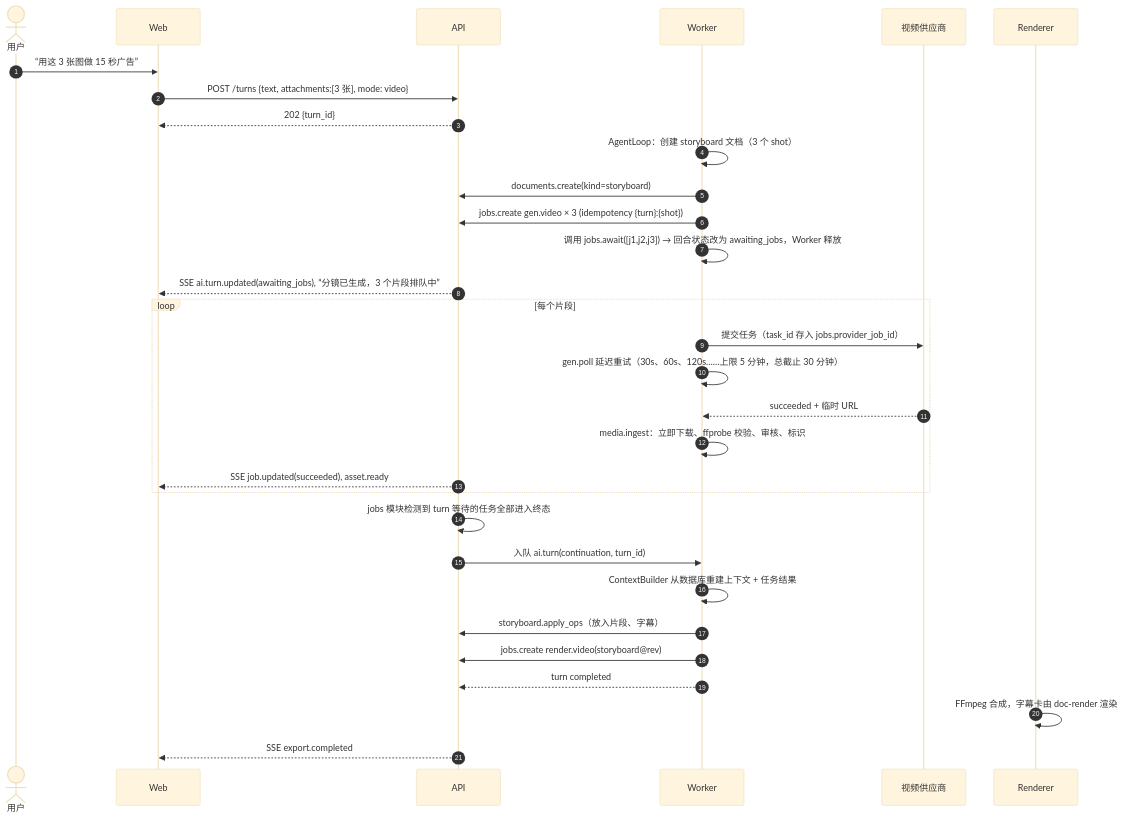
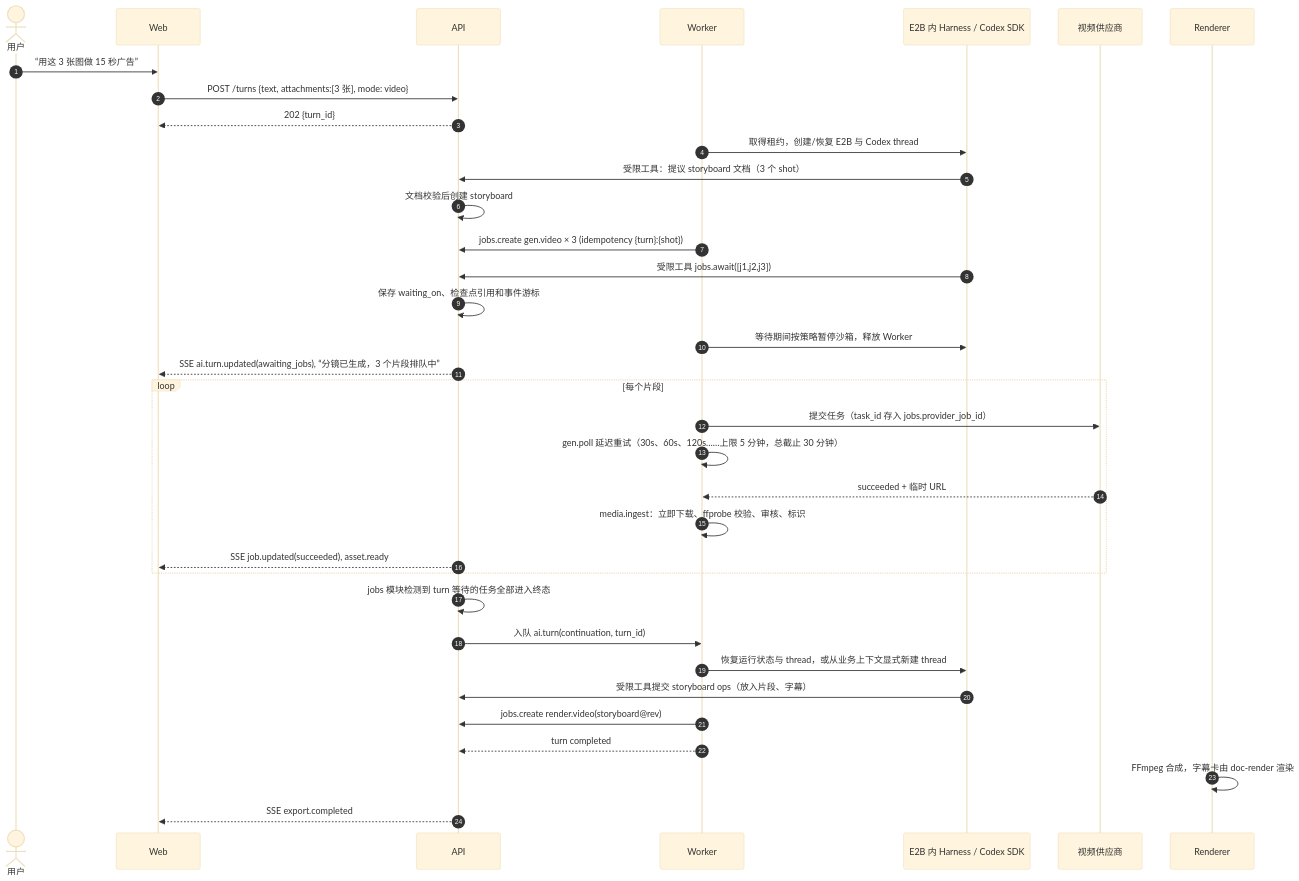
One commit to abystra/design-x changed the sixth of 8 diagrams in docs/architecture/03-user-journeys.md. Above: the diagram before and after it, drawn with Mermaid (base theme). The commit also changed other lines of this file and 39 other files, not shown here.

Commit message:
feat: add persistent workspace API and adopt Codex E2B architecture

````diff
--- a/docs/architecture/03-user-journeys.md
+++ b/docs/architecture/03-user-journeys.md
@@ -230,33 +239,37 @@
 ```mermaid
 sequenceDiagram
   autonumber
   actor U as 用户
   participant W as Web
   participant A as API
   participant WK as Worker
+  participant H as E2B 内 Harness / Codex SDK
   participant V as 视频供应商
   participant R as Renderer
   U->>W: “用这 3 张图做 15 秒广告”
   W->>A: POST /turns {text, attachments:[3 张], mode: video}
   A-->>W: 202 {turn_id}
-  WK->>WK: AgentLoop：创建 storyboard 文档（3 个 shot）
-  WK->>A: documents.create(kind=storyboard)
+  WK->>H: 取得租约，创建/恢复 E2B 与 Codex thread
+  H->>A: 受限工具：提议 storyboard 文档（3 个 shot）
+  A->>A: 文档校验后创建 storyboard
   WK->>A: jobs.create gen.video × 3 (idempotency {turn}:{shot})
-  WK->>WK: 调用 jobs.await([j1,j2,j3]) → 回合状态改为 awaiting_jobs，Worker 释放
+  H->>A: 受限工具 jobs.await([j1,j2,j3])
+  A->>A: 保存 waiting_on、检查点引用和事件游标
+  WK->>H: 等待期间按策略暂停沙箱，释放 Worker
   A-->>W: SSE ai.turn.updated(awaiting_jobs), “分镜已生成，3 个片段排队中”
   loop 每个片段
     WK->>V: 提交任务（task_id 存入 jobs.provider_job_id）
     WK->>WK: gen.poll 延迟重试（30s、60s、120s……上限 5 分钟，总截止 30 分钟）
     V-->>WK: succeeded + 临时 URL
     WK->>WK: media.ingest：立即下载、ffprobe 校验、审核、标识
     A-->>W: SSE job.updated(succeeded), asset.ready
   end
   A->>A: jobs 模块检测到 turn 等待的任务全部进入终态
   A->>WK: 入队 ai.turn(continuation, turn_id)
-  WK->>WK: ContextBuilder 从数据库重建上下文 + 任务结果
-  WK->>A: storyboard.apply_ops（放入片段、字幕）
+  WK->>H: 恢复运行状态与 thread，或从业务上下文显式新建 thread
+  H->>A: 受限工具提交 storyboard ops（放入片段、字幕）
   WK->>A: jobs.create render.video(storyboard@rev)
   WK-->>A: turn completed
   R->>R: FFmpeg 合成，字幕卡由 doc-render 渲染
   A-->>W: SSE export.completed
 ```
````
